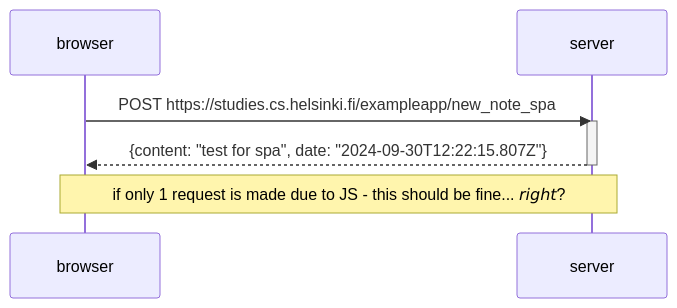
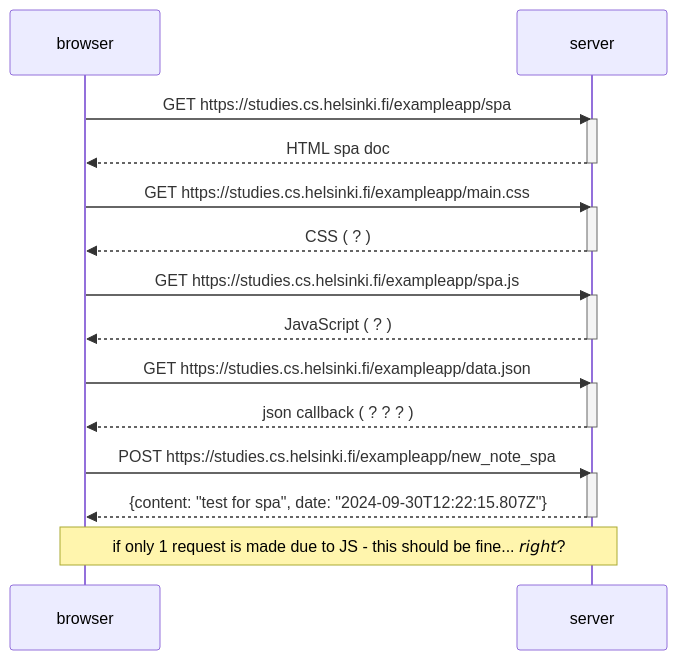
One commit to PiwkoM/FullStackOpen_Piwko4TC changed the diagram in part0/0.6.md. Above: the diagram before and after it, drawn with Mermaid.

````diff
--- a/part0/0.6.md
+++ b/part0/0.6.md
@@ -1,12 +1,33 @@
 ```mermaid
+
 sequenceDiagram
     participant browser
     participant server
+
+    browser->>server: GET https://studies.cs.helsinki.fi/exampleapp/spa
+    activate server
+    server-->>browser: HTML spa doc
+    deactivate server
+
+    browser->>server: GET https://studies.cs.helsinki.fi/exampleapp/main.css
+    activate server
+    server-->>browser: CSS ( ? )
+    deactivate server
+
+    browser->>server: GET https://studies.cs.helsinki.fi/exampleapp/spa.js
+    activate server
+    server-->>browser: JavaScript ( ? )
+    deactivate server
+
+    browser->>server: GET https://studies.cs.helsinki.fi/exampleapp/data.json
+    activate server
+    server-->>browser: json callback ( ? ? ? )
+    deactivate server
 
     browser->>server: POST https://studies.cs.helsinki.fi/exampleapp/new_note_spa
     activate server
     server-->>browser: {content: "test for spa", date: "2024-09-30T12:22:15.807Z"}
     deactivate server
     
     Note over browser,server: if only 1 request is made due to JS - this should be fine... 𝘳𝘪𝘨𝘩𝘵?
 ```
````
